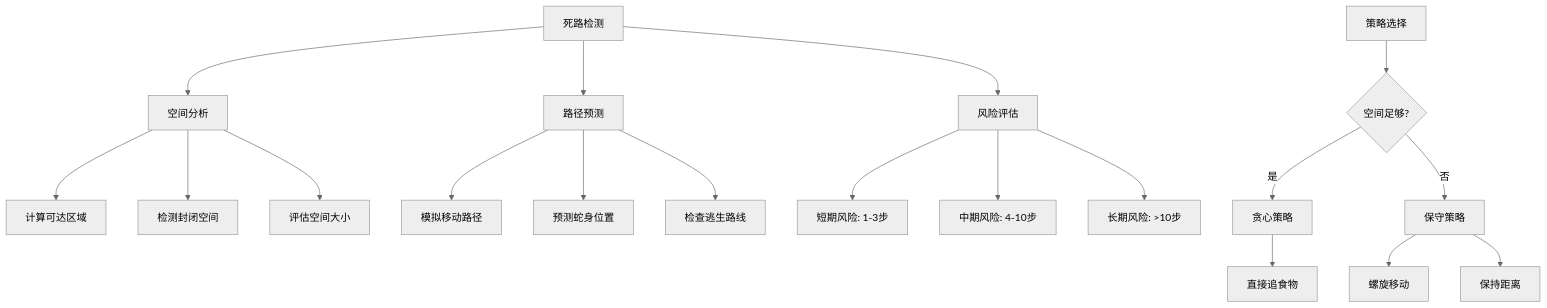
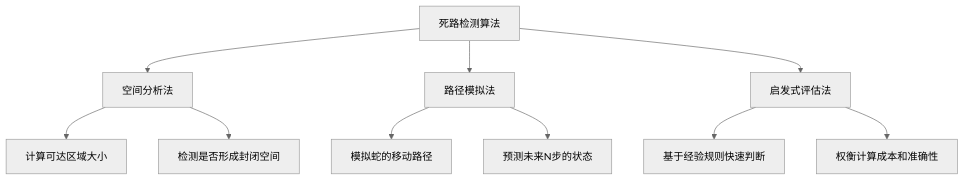
One commit to youjing-mz/snake changed the seventh of 10 diagrams in 课时3-游戏AI与智能化/README.md. Above: the diagram before and after it, drawn with Mermaid (neutral theme). The commit also changed other lines of this file and 8 other files, not shown here.

````diff
--- a/课时3-游戏AI与智能化/README.md
+++ b/课时3-游戏AI与智能化/README.md
@@ -137,26 +156,15 @@
 ```mermaid
 graph TB
-    A[死路检测] --> B[空间分析]
-    A --> C[路径预测]
-    A --> D[风险评估]
+    A[死路检测算法] --> B[空间分析法]
+    A --> C[路径模拟法]
+    A --> D[启发式评估法]
     
-    B --> B1[计算可达区域]
-    B --> B2[检测封闭空间]
-    B --> B3[评估空间大小]
+    B --> B1[计算可达区域大小]
+    B --> B2[检测是否形成封闭空间]
     
-    C --> C1[模拟移动路径]
-    C --> C2[预测蛇身位置]
-    C --> C3[检查逃生路线]
+    C --> C1[模拟蛇的移动路径]
+    C --> C2[预测未来N步的状态]
     
-    D --> D1[短期风险: 1-3步]
-    D --> D2[中期风险: 4-10步]
-    D --> D3[长期风险: >10步]
-    
-    E[策略选择] --> F{空间足够?}
-    F -->|是| G[贪心策略]
-    F -->|否| H[保守策略]
-    
-    G --> G1[直接追食物]
-    H --> H1[螺旋移动]
-    H --> H2[保持距离]
+    D --> D1[基于经验规则快速判断]
+    D --> D2[权衡计算成本和准确性]
 ```
````
